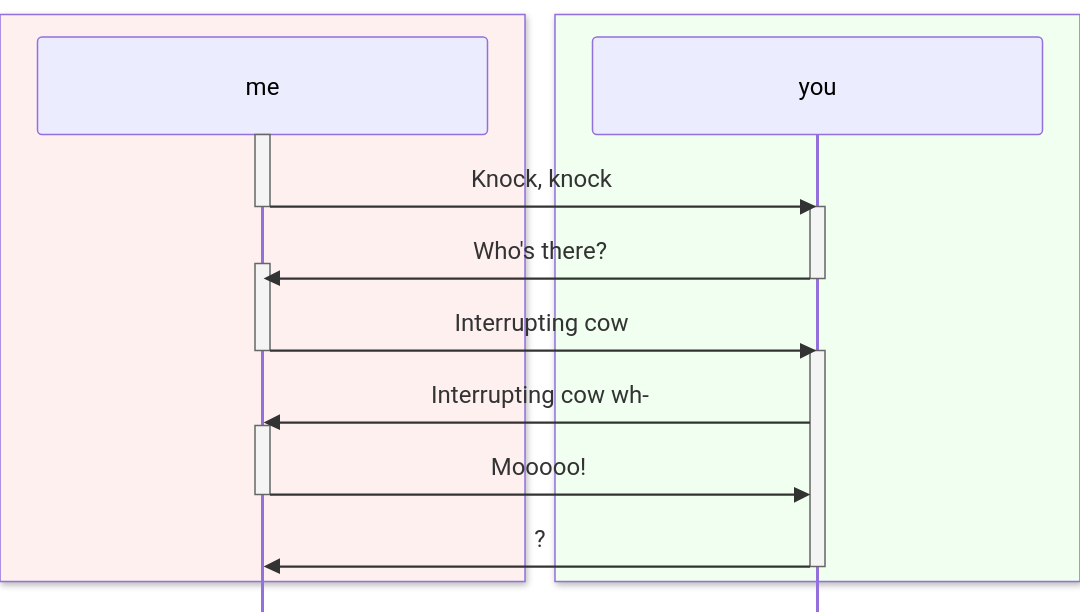
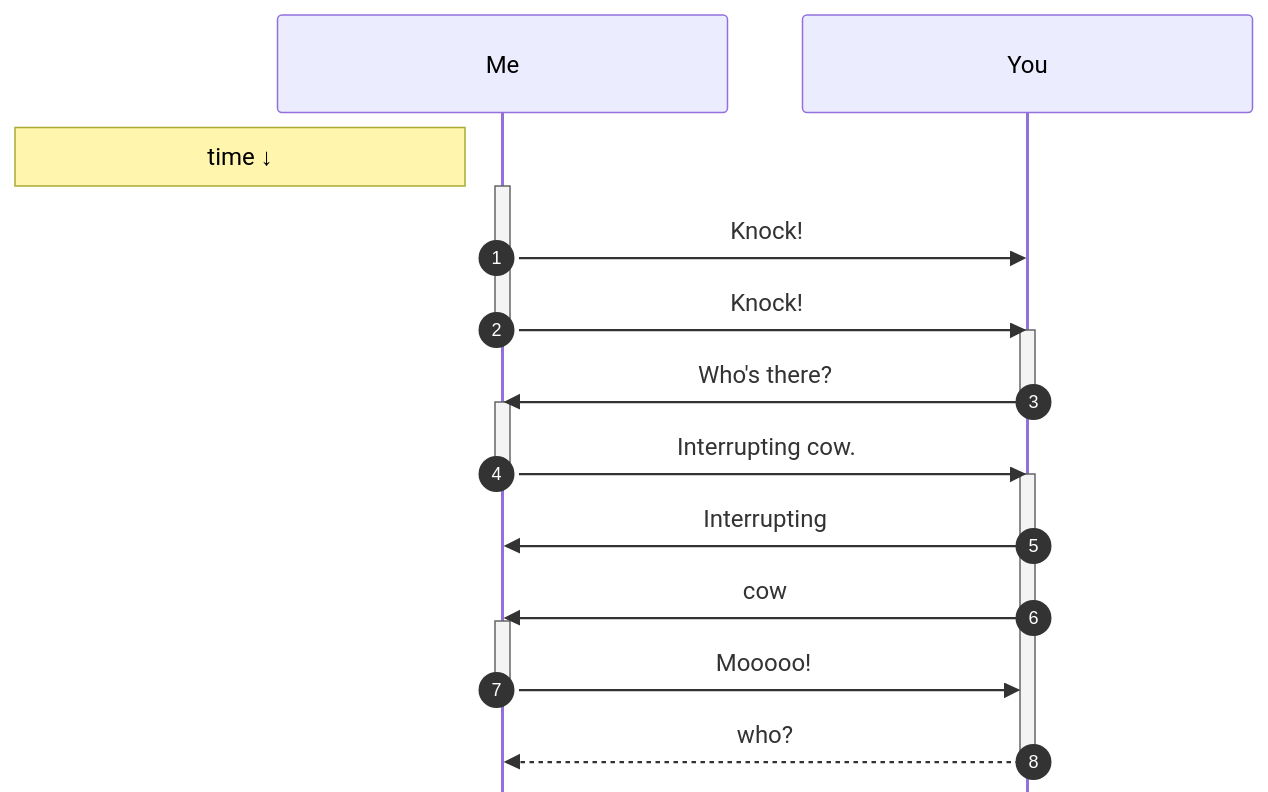
Before and after one commit to eleciawhite/making-embedded-systems: the diagram in Ch05_Interrupts/InterruptingCowSequence.md, drawn with Mermaid. The commit also changed 2 other files, not shown here.

Commit message:
Tidying diagrams from the book

````diff
--- a/Ch05_Interrupts/InterruptingCowSequence.md
+++ b/Ch05_Interrupts/InterruptingCowSequence.md
@@ -2,44 +2,46 @@
 ```mermaid
 %% Mermaid diagram, put this in mermaid.live if it doesn't show
 
 %%{
   init: {
     "sequence": {
         "mirrorActors": false,
         "diagramMarginX": 10,
         "diagramMarginY": 10,
         "boxTextMargin": 5,
         "noteMargin": 10,
         "messageMargin": 1,
         "wrap":true,
         "width":300
     }}
 }%%
 
 
 sequenceDiagram
-    box rgb(255,240,240)
-        participant A as me
-    end 
-    box rgb(240,255,240)
-        participant B as you
-    end 
+    participant A as Me
+    participant B as You
+autonumber
+Note left of A: time ↓
 
 activate A
-A->>B: Knock, knock
+A->>B: Knock!
+A->>B: Knock!
 deactivate A
 activate B
 B->>A: Who's there?
+deactivate B
 activate A
-deactivate B
-A->>B: Interrupting cow
+A->>B: Interrupting cow.
 deactivate A
+
 activate B
-B->>A: Interrupting cow wh-
+B->>A: Interrupting 
+B->>A: cow
 activate A
 A->>B: Mooooo!
 deactivate A
-B->>A: ?
+B-->>A: who?
+
 deactivate B
 
 ```
````
